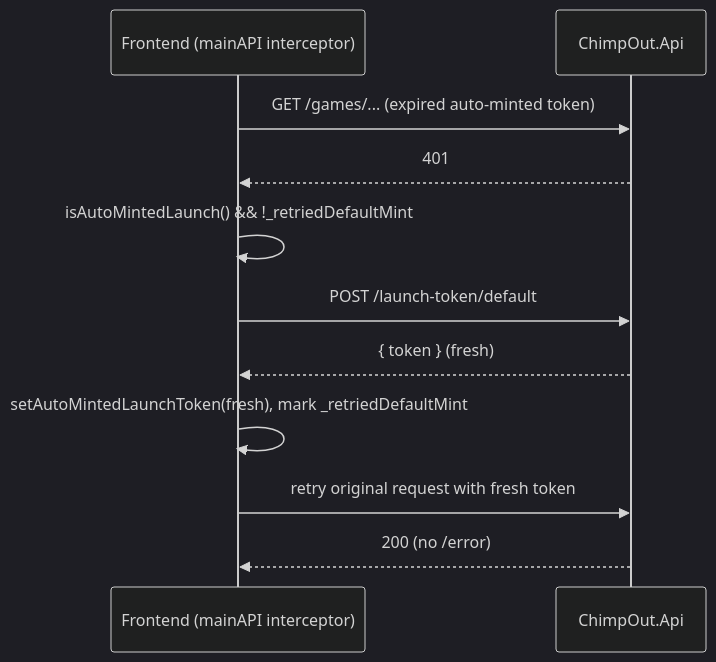
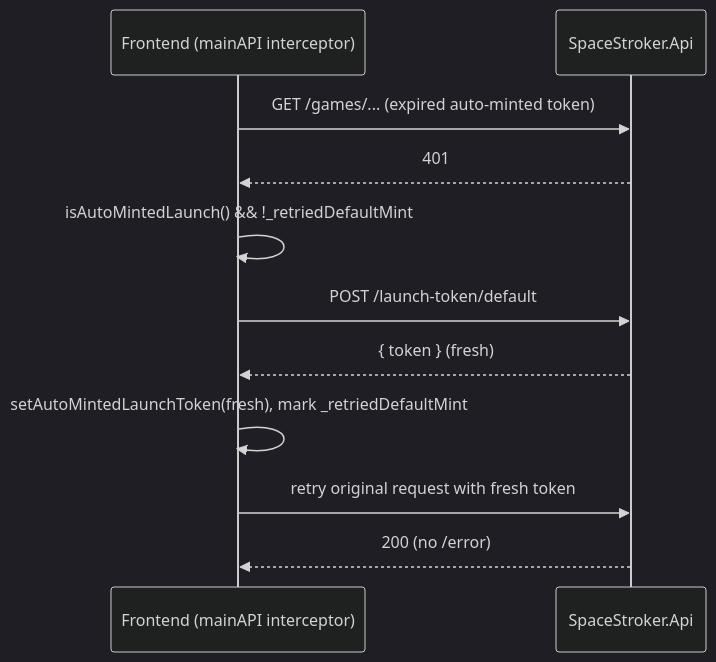
Before and after one commit to marcusruas/monkify-meta: the second of 2 diagrams in specs/main-production-operator.md, drawn with Mermaid (dark theme). The commit also changed other lines of this file and 99 other files, not shown here.

First line of the commit message:
Rename ChimpOut -> SpaceStroker across deploy + KB (#75).

````diff
--- a/specs/main-production-operator.md
+++ b/specs/main-production-operator.md
@@ -504,13 +504,13 @@
 ```mermaid
 sequenceDiagram
   participant SPA as Frontend (mainAPI interceptor)
-  participant API as ChimpOut.Api
+  participant API as SpaceStroker.Api
   SPA->>API: GET /games/... (expired auto-minted token)
   API-->>SPA: 401
   SPA->>SPA: isAutoMintedLaunch() && !_retriedDefaultMint
   SPA->>API: POST /launch-token/default
   API-->>SPA: { token } (fresh)
   SPA->>SPA: setAutoMintedLaunchToken(fresh), mark _retriedDefaultMint
   SPA->>API: retry original request with fresh token
   API-->>SPA: 200 (no /error)
 ```
````
